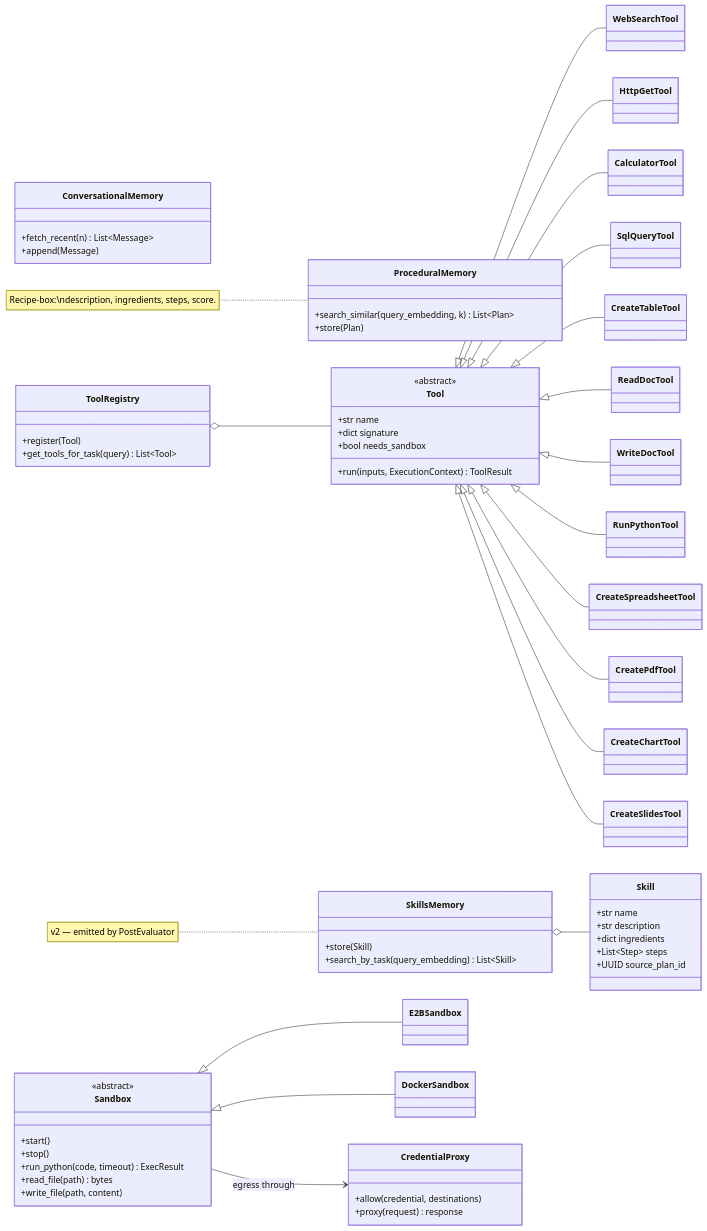
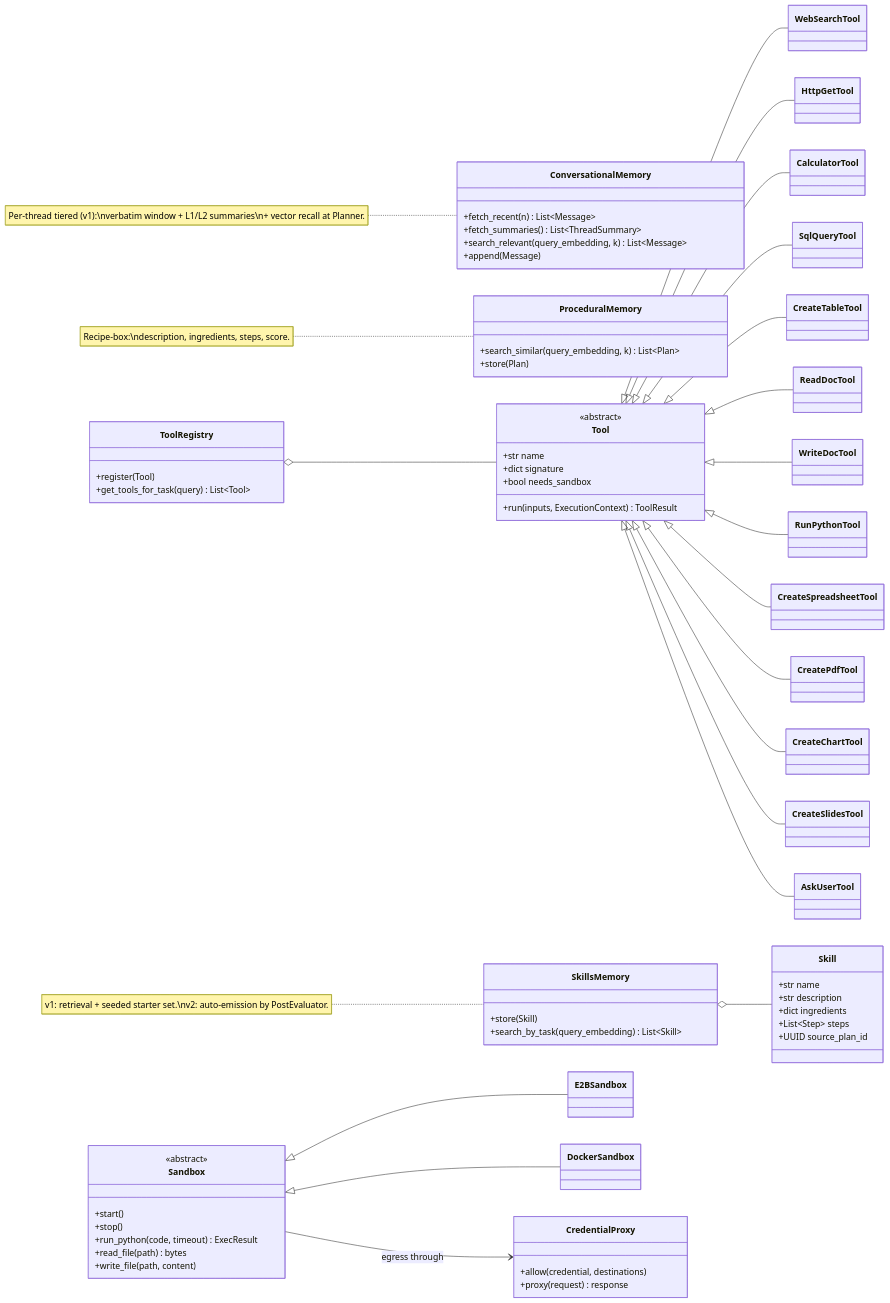
The fifth of 6 diagrams in README.md (wolfpaw-ai/WolfPaw), drawn with Mermaid before and after one commit. The commit also changed other lines of this file and 5 other files, not shown here.

Commit message:
docs: better conversational memory, human in the loop, parallel step execution.

```diff
--- a/README.md
+++ b/README.md
@@ -301,8 +302,11 @@
 
     class ConversationalMemory {
         +fetch_recent(n) List~Message~
+        +fetch_summaries() List~ThreadSummary~
+        +search_relevant(query_embedding, k) List~Message~
         +append(Message)
     }
+    note for ConversationalMemory "Per-thread tiered (v1):\nverbatim window + L1/L2 summaries\n+ vector recall at Planner."
 
     class ProceduralMemory {
         +search_similar(query_embedding, k) List~Plan~
@@ -314,7 +318,7 @@
         +store(Skill)
         +search_by_task(query_embedding) List~Skill~
     }
-    note for SkillsMemory "v2 — emitted by PostEvaluator"
+    note for SkillsMemory "v1: retrieval + seeded starter set.\nv2: auto-emission by PostEvaluator."
 
     class Skill {
         +str name
@@ -348,6 +352,7 @@
     class CreatePdfTool
     class CreateChartTool
     class CreateSlidesTool
+    class AskUserTool
     Tool <|-- WebSearchTool
     Tool <|-- HttpGetTool
     Tool <|-- CalculatorTool
@@ -360,6 +365,7 @@
     Tool <|-- CreatePdfTool
     Tool <|-- CreateChartTool
     Tool <|-- CreateSlidesTool
+    Tool <|-- AskUserTool
 
     class Sandbox {
         <<abstract>>
```
